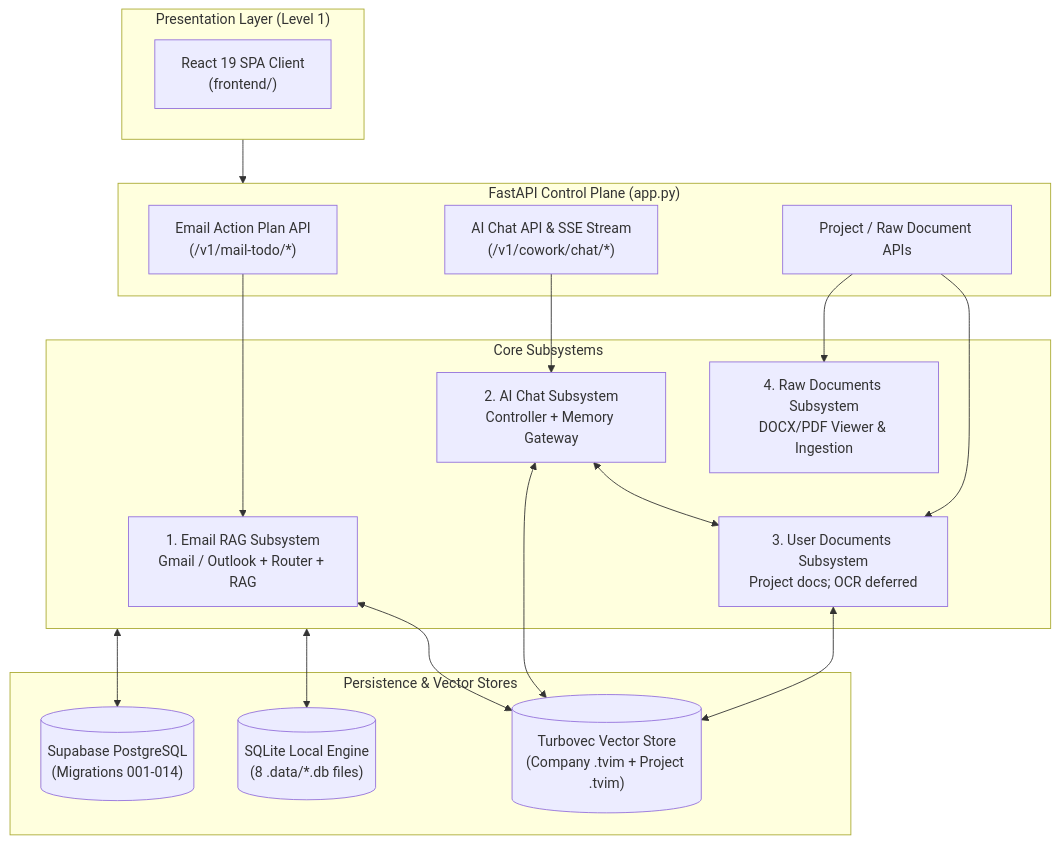
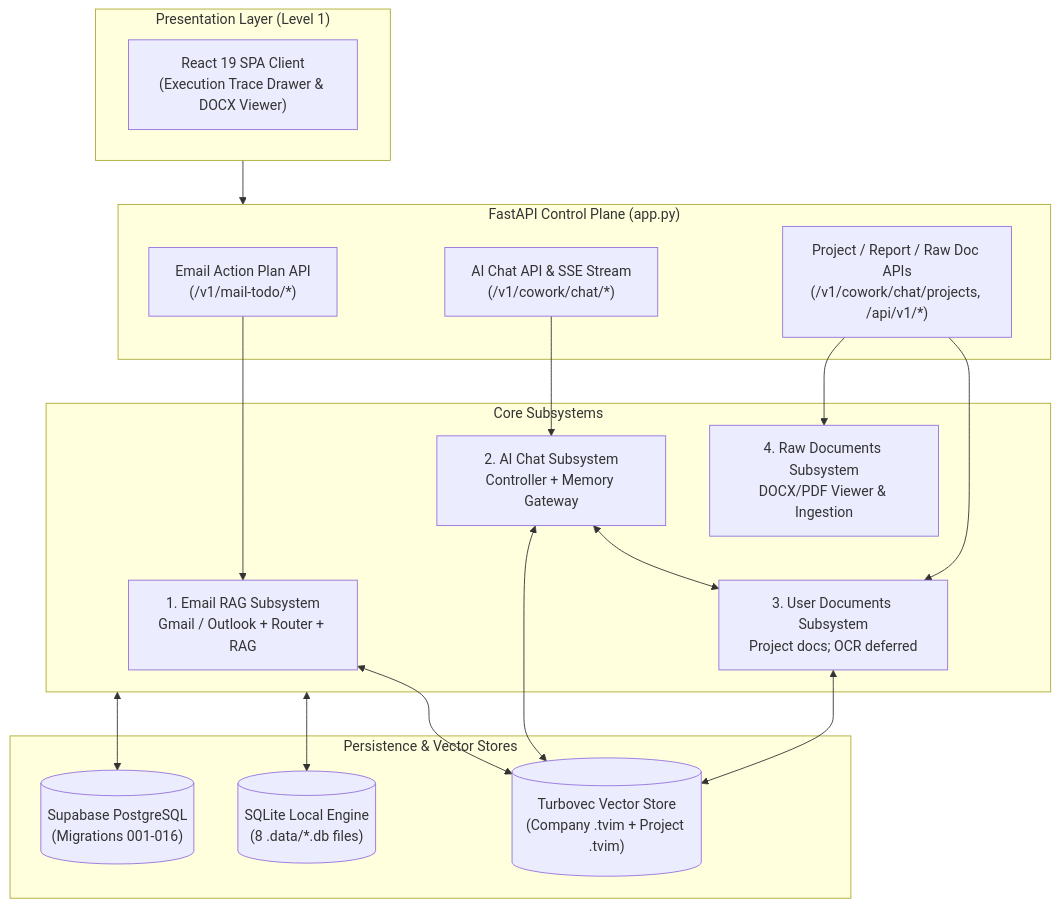
Before and after one commit to MathematicGuy/EMAIL-AGENT-v1: the diagram in docs/architectures/current-architectures/README.md, drawn with Mermaid. The commit also changed other lines of this file and 6 other files, not shown here.

Commit message:
Update architecture docs

````diff
--- a/docs/architectures/current-architectures/README.md
+++ b/docs/architectures/current-architectures/README.md
@@ -15,38 +15,38 @@
 ```mermaid
 flowchart TB
     subgraph CLIENTS["Presentation Layer (Level 1)"]
-        UI_REACT["React 19 SPA Client<br/>(frontend/)"]
+        UI_REACT["React 19 SPA Client<br/>(Execution Trace Drawer & DOCX Viewer)"]
     end
 
     subgraph API["FastAPI Control Plane (app.py)"]
         EMAIL_API["Email Action Plan API<br/>(/v1/mail-todo/*)"]
         CHAT_API["AI Chat API & SSE Stream<br/>(/v1/cowork/chat/*)"]
-        DOC_API["Project / Raw Document APIs"]
+        DOC_API["Project / Report / Raw Doc APIs<br/>(/v1/cowork/chat/projects, /api/v1/*)"]
     end
 
     subgraph SUBSYSTEMS["Core Subsystems"]
         SUB_EMAIL["1. Email RAG Subsystem<br/>Gmail / Outlook + Router + RAG"]
         SUB_CHAT["2. AI Chat Subsystem<br/>Controller + Memory Gateway"]
         SUB_DOCS["3. User Documents Subsystem<br/>Project docs; OCR deferred"]
         SUB_RAW["4. Raw Documents Subsystem<br/>DOCX/PDF Viewer & Ingestion"]
     end
 
     subgraph STORES["Persistence & Vector Stores"]
         DB_LOCAL[("SQLite Local Engine<br/>(8 .data/*.db files)")]
-        DB_PG[("Supabase PostgreSQL<br/>(Migrations 001-014)")]
+        DB_PG[("Supabase PostgreSQL<br/>(Migrations 001-016)")]
         VECTOR[("Turbovec Vector Store<br/>(Company .tvim + Project .tvim)")]
     end
 
     CLIENTS --> API
     EMAIL_API --> SUB_EMAIL
     CHAT_API --> SUB_CHAT
     DOC_API --> SUB_DOCS
     DOC_API --> SUB_RAW
     
     SUB_CHAT <--> SUB_DOCS
     SUB_EMAIL <--> VECTOR
     SUB_CHAT <--> VECTOR
     SUB_DOCS <--> VECTOR
     SUBSYSTEMS <--> DB_LOCAL
     SUBSYSTEMS <--> DB_PG
 ```
````
